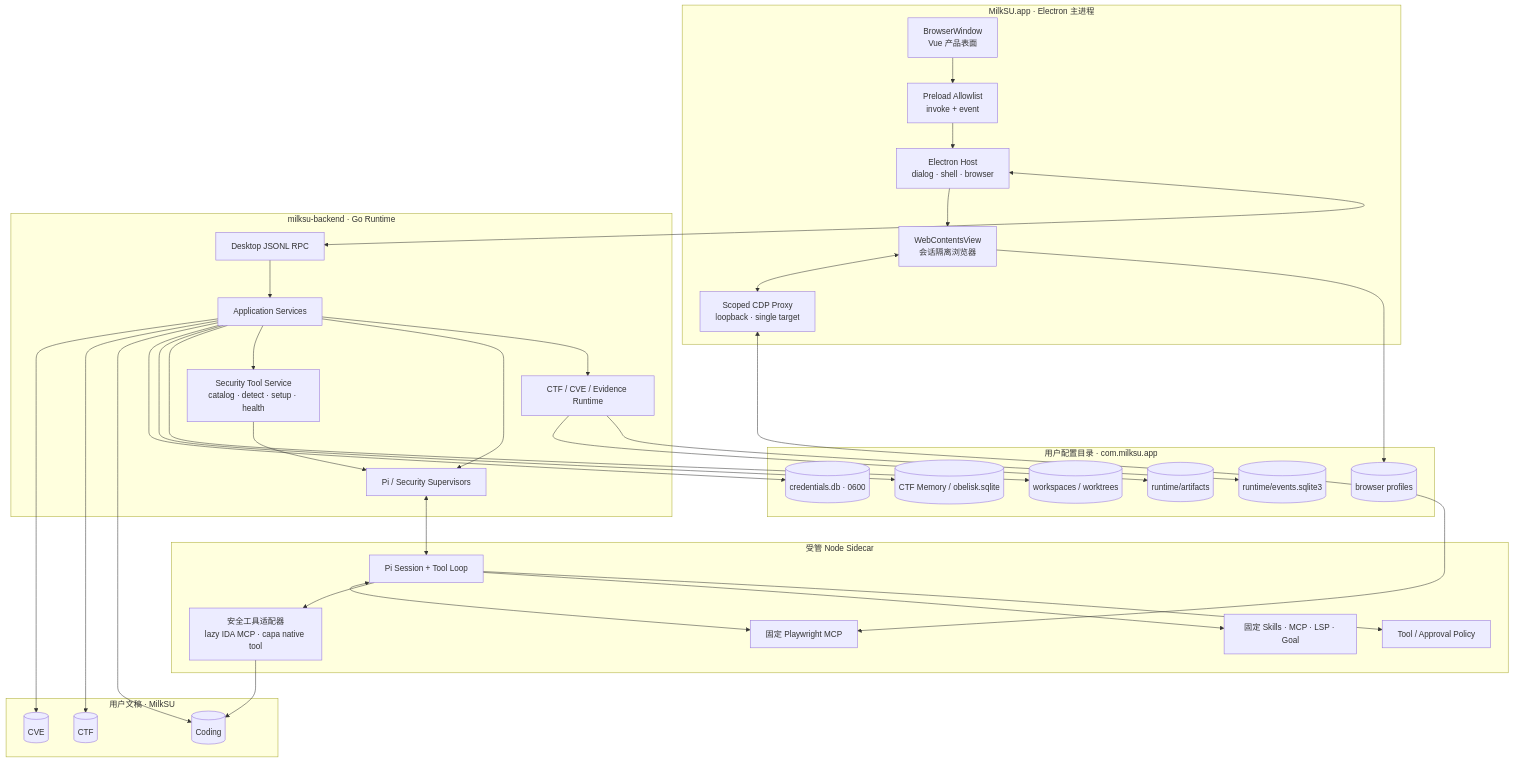
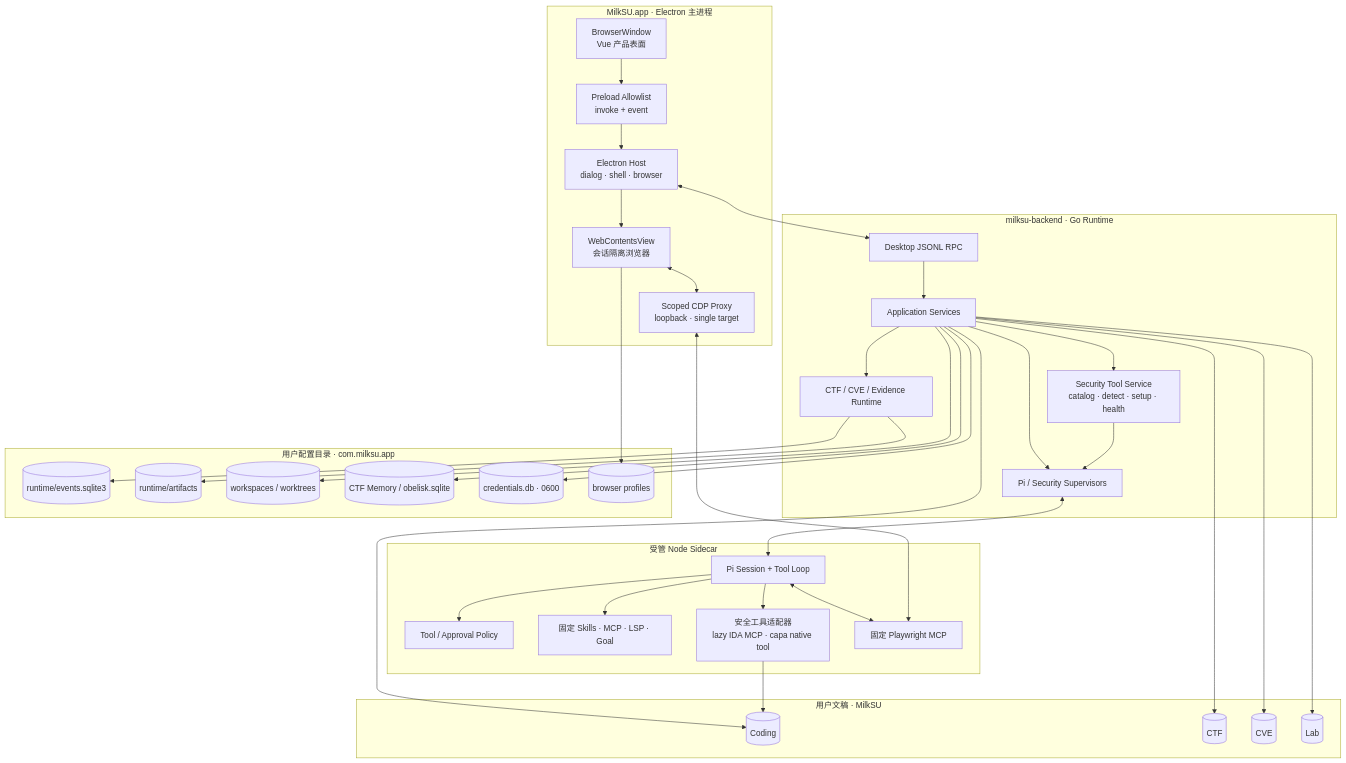
The second of 5 diagrams in docs/architecture/current-system.md (MilkSU-Official/milksu), drawn with Mermaid before and after one commit. The commit also changed other lines of this file and 67 other files, not shown here.

````diff
--- a/docs/architecture/current-system.md
+++ b/docs/architecture/current-system.md
@@ -92,62 +93,64 @@
 ```mermaid
 flowchart TB
     subgraph electron["MilkSU.app · Electron 主进程"]
         window["BrowserWindow<br/>Vue 产品表面"]
         preload["Preload Allowlist<br/>invoke + event"]
         host["Electron Host<br/>dialog · shell · browser"]
         browser["WebContentsView<br/>会话隔离浏览器"]
         proxy["Scoped CDP Proxy<br/>loopback · single target"]
     end
 
     subgraph go_process["milksu-backend · Go Runtime"]
         rpc["Desktop JSONL RPC"]
         app["Application Services"]
         runtime["CTF / CVE / Evidence Runtime"]
         supervisors["Pi / Security Supervisors"]
         tool_catalog["Security Tool Service<br/>catalog · detect · setup · health"]
     end
 
     subgraph sidecar["受管 Node Sidecar"]
         pi["Pi Session + Tool Loop"]
         policy["Tool / Approval Policy"]
         resources["固定 Skills · MCP · LSP · Goal"]
         security_adapters["安全工具适配器<br/>lazy IDA MCP · capa native tool"]
         playwright["固定 Playwright MCP"]
     end
 
     subgraph data["用户配置目录 · com.milksu.app"]
         events[("runtime/events.sqlite3")]
         artifacts[("runtime/artifacts")]
         workspaces[("workspaces / worktrees")]
         memories[("CTF Memory / obelisk.sqlite")]
         credentials[("credentials.db · 0600")]
         profiles[("browser profiles")]
     end
 
     subgraph documents["用户文稿 · MilkSU"]
         coding_files[("Coding")]
         ctf_files[("CTF")]
         cve_files[("CVE")]
+        lab_files[("Lab")]
     end
 
     window --> preload --> host
     host <--> rpc --> app
     app --> runtime
     app --> supervisors <--> pi
     app --> tool_catalog --> supervisors
     pi --> policy
     pi --> resources
     pi --> security_adapters
     pi <--> playwright
     host --> browser --> profiles
     browser <--> proxy <--> playwright
     runtime --> events
     runtime --> artifacts
     app --> workspaces
     app --> memories
     app --> credentials
     app --> coding_files
     app --> ctf_files
     app --> cve_files
+    app --> lab_files
     security_adapters --> coding_files
 ```
````
